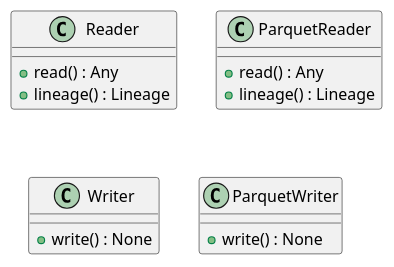
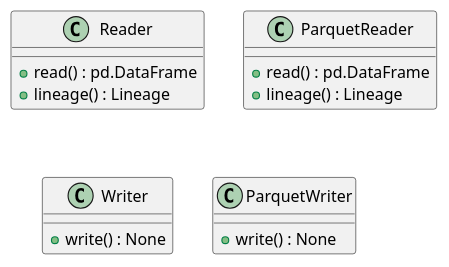
Before and after one commit to lgcorzo/llmops-python-package: the first of 6 diagrams in openwiki/modules/src/autogen_team/data_access/adapters/datasets.md, drawn with PlantUML. The commit also changed other lines of this file and 155 other files, not shown here.

````diff
--- a/openwiki/modules/src/autogen_team/data_access/adapters/datasets.md
+++ b/openwiki/modules/src/autogen_team/data_access/adapters/datasets.md
@@ -58,18 +67,18 @@
 ```plantuml
 @startuml
     class Reader {
-        +read() : Any
+        +read() : pd.DataFrame
         +lineage() : Lineage
     }
     class ParquetReader {
-        +read() : Any
+        +read() : pd.DataFrame
         +lineage() : Lineage
     }
     class Writer {
         +write() : None
     }
     class ParquetWriter {
         +write() : None
     }
 @enduml
 ```
````
